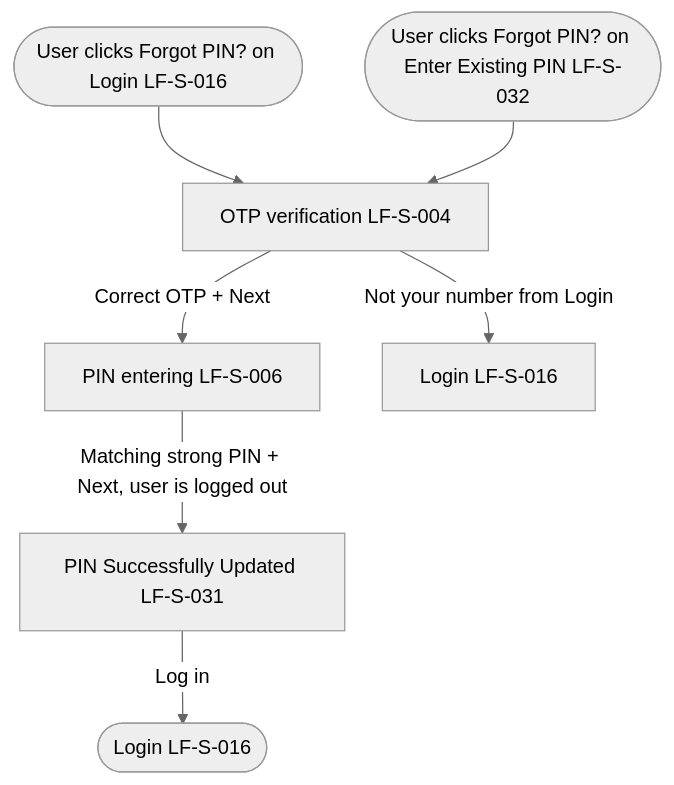
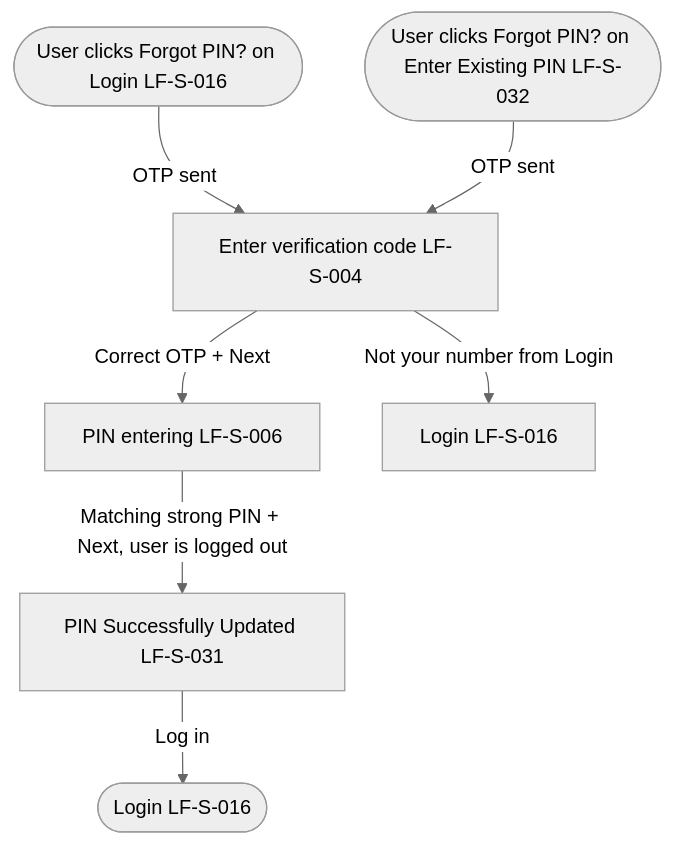
Before and after one commit to nandong-tech/product-management: the diagram in prebuilt_prds/LF-J-006-forgot-pin.md, drawn with Mermaid (neutral theme). The commit also changed other lines of this file and 73 other files, not shown here.

````diff
--- a/prebuilt_prds/LF-J-006-forgot-pin.md
+++ b/prebuilt_prds/LF-J-006-forgot-pin.md
@@ -60,9 +55,9 @@
 ```mermaid
 flowchart TD
-  startLogin([User clicks Forgot PIN? on Login LF-S-016]) --> otp[OTP verification LF-S-004]
-  startReset([User clicks Forgot PIN? on Enter Existing PIN LF-S-032]) --> otp
+  startLogin([User clicks Forgot PIN? on Login LF-S-016]) -->|OTP sent| otp[Enter verification code LF-S-004]
+  startReset([User clicks Forgot PIN? on Enter Existing PIN LF-S-032]) -->|OTP sent| otp
   otp -->|Correct OTP + Next| pin[PIN entering LF-S-006]
   otp -->|Not your number from Login| loginBack[Login LF-S-016]
   pin -->|Matching strong PIN + Next, user is logged out| success[PIN Successfully Updated LF-S-031]
   success -->|Log in| login([Login LF-S-016])
 ```
````
